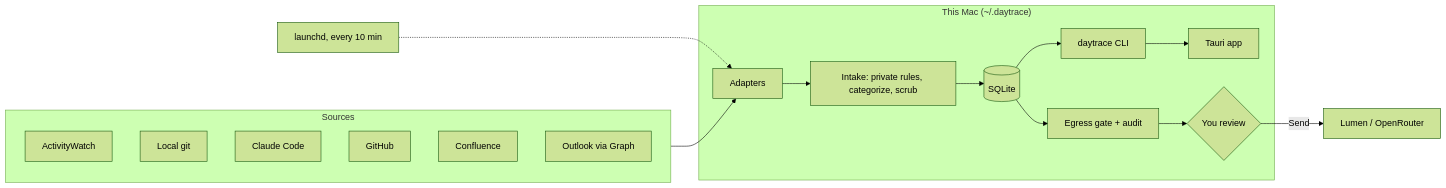
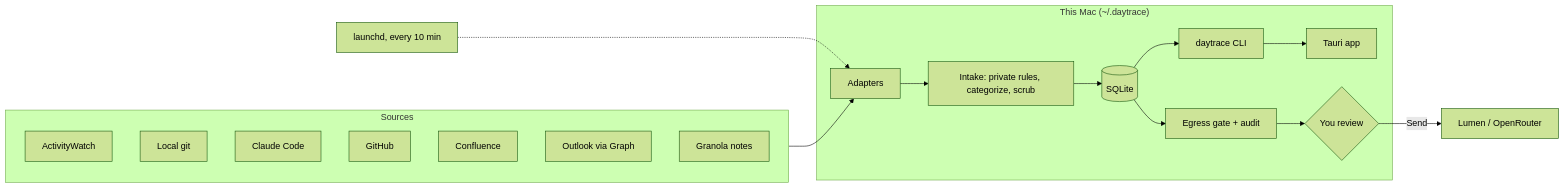
The diagram in README.md (longshuicy/daytrace), drawn with Mermaid (forest theme) before and after one commit. The commit also changed other lines of this file and 26 other files, not shown here.

````diff
--- a/README.md
+++ b/README.md
@@ -11,22 +11,23 @@
 ```mermaid
 flowchart LR
   subgraph Sources
     AW[ActivityWatch]
     GIT[Local git]
     CC[Claude Code]
     GH[GitHub]
     CF[Confluence]
     OL[Outlook via Graph]
+    GR[Granola notes]
   end
   subgraph Mac["This Mac (~/.daytrace)"]
     AD[Adapters] --> IN[Intake: private rules, categorize, scrub]
     IN --> DB[(SQLite)]
     DB --> CLI[daytrace CLI]
     CLI --> APP[Tauri app]
     DB --> EG[Egress gate + audit]
     EG --> RV{You review}
   end
   Sources --> AD
   LD[launchd, every 10 min] -.-> AD
   RV -- Send --> LLM[Lumen / OpenRouter]
 ```
````
